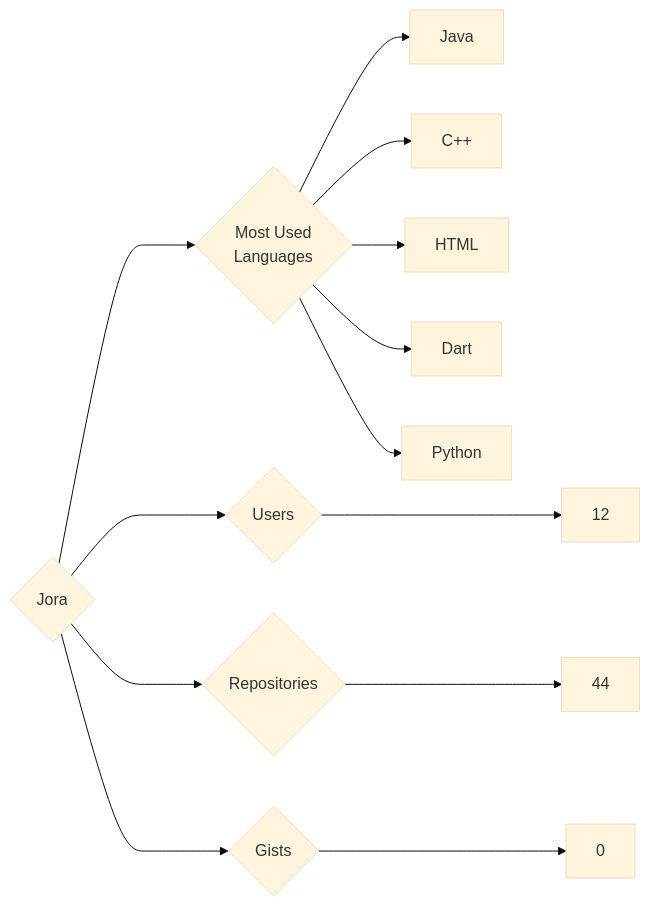
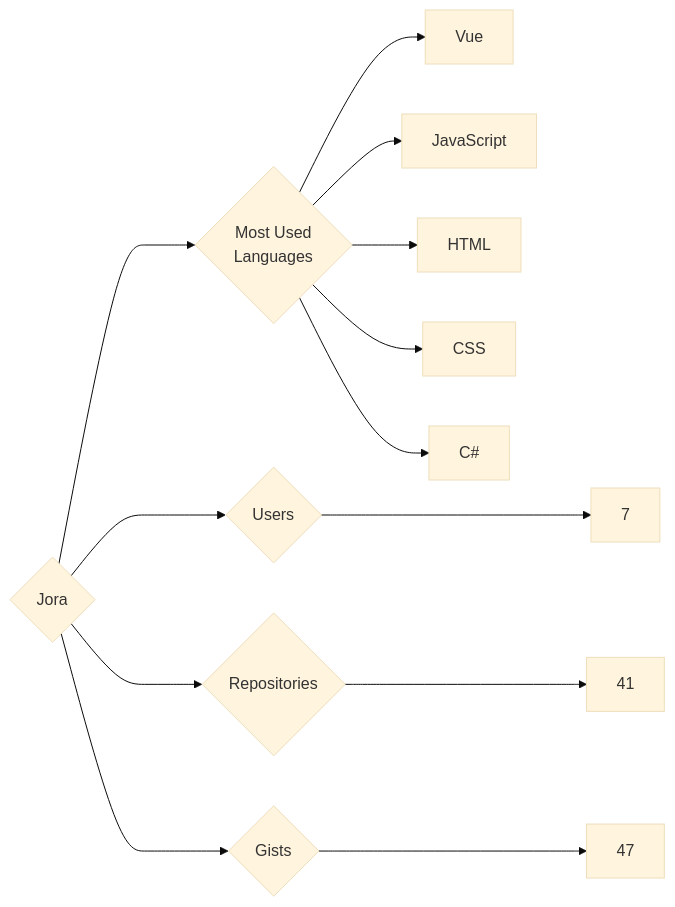
The diagram in targets/Jora/README.md (trickest/insiders), drawn with Mermaid (base theme) before and after one commit. The commit also changed 924 other files, not shown here.

````diff
--- a/targets/Jora/README.md
+++ b/targets/Jora/README.md
@@ -3,13 +3,13 @@
 ```mermaid
 graph LR
 COMPANY_NAME{Jora}
-COMPANY_NAME ---> U{Users} ---> UN[12]
-COMPANY_NAME ---> R{Repositories} ---> RN[44]
-COMPANY_NAME ---> G{Gists} ---> GN[0]
+COMPANY_NAME ---> U{Users} ---> UN[7]
+COMPANY_NAME ---> R{Repositories} ---> RN[41]
+COMPANY_NAME ---> G{Gists} ---> GN[47]
 COMPANY_NAME ---> ML{Most Used<br>Languages}
-ML --> Java[Java]
-ML --> C++[C++]
+ML --> Vue[Vue]
+ML --> JavaScript[JavaScript]
 ML --> HTML[HTML]
-ML --> Dart[Dart]
-ML --> Python[Python]
+ML --> CSS[CSS]
+ML --> C#[C#]
 ```
````
